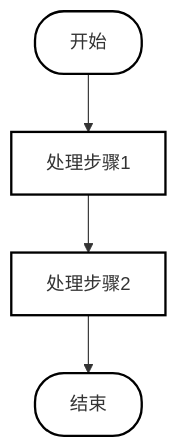
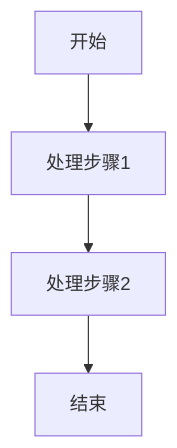
One commit to kunjiechen/claude-md-converter changed the first of 5 diagrams in verification_full.md. Above: the diagram before and after it, drawn with Mermaid. The commit also changed other lines of this file and 36 other files, not shown here.

Commit message:
更新为python 画图方式

````diff
--- a/verification_full.md
+++ b/verification_full.md
@@ -204,11 +204,6 @@
 ```mermaid
 graph TD
     A[开始] --> B[处理步骤1]
     B --> C[处理步骤2]
     C --> D[结束]
-
-    style A fill:#ffffff,stroke:#000000,stroke-width:2px,rx:25,ry:25
-    style B fill:#ffffff,stroke:#000000,stroke-width:2px
-    style C fill:#ffffff,stroke:#000000,stroke-width:2px
-    style D fill:#ffffff,stroke:#000000,stroke-width:2px,rx:25,ry:25
 ```
````
